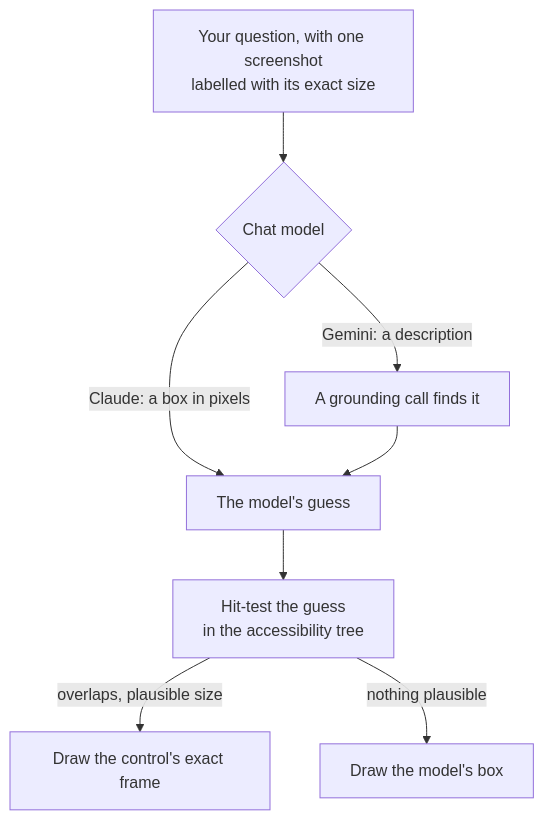
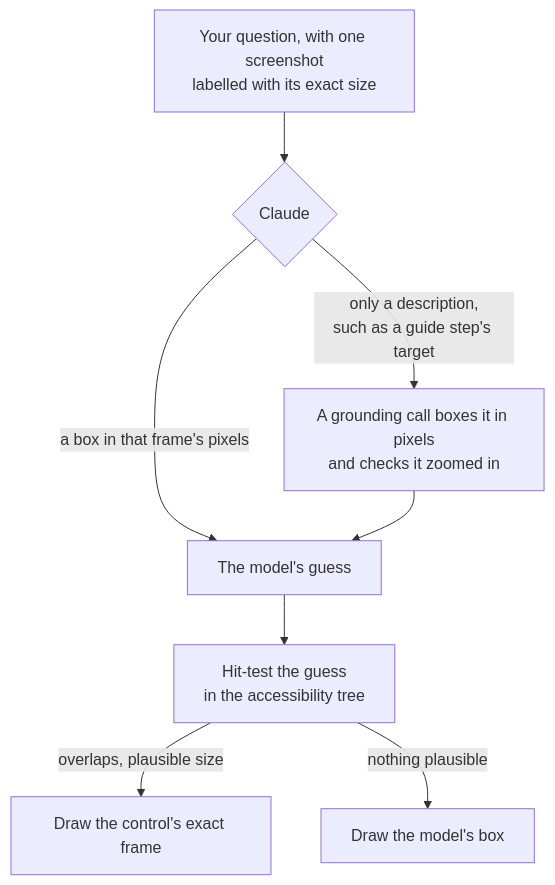
Before and after one commit to Erwan-gif/Orble: the first of 3 diagrams in README.md, drawn with Mermaid. The commit also changed other lines of this file and 2 other files, not shown here.

````diff
--- a/README.md
+++ b/README.md
@@ -60,10 +67,10 @@
 ```mermaid
 flowchart TD
-    F["Your question, with one screenshot<br/>labelled with its exact size"] --> M{"Chat model"}
-    M -- "Claude: a box in pixels" --> G["The model's guess"]
-    M -- "Gemini: a description" --> L["A grounding call finds it"]
+    F["Your question, with one screenshot<br/>labelled with its exact size"] --> M{"Claude"}
+    M -- "a box in that frame's pixels" --> G["The model's guess"]
+    M -- "only a description,<br/>such as a guide step's target" --> L["A grounding call boxes it in pixels<br/>and checks it zoomed in"]
     L --> G
     G --> H["Hit-test the guess<br/>in the accessibility tree"]
     H -- "overlaps, plausible size" --> S["Draw the control's exact frame"]
     H -- "nothing plausible" --> V["Draw the model's box"]
 ```
````
